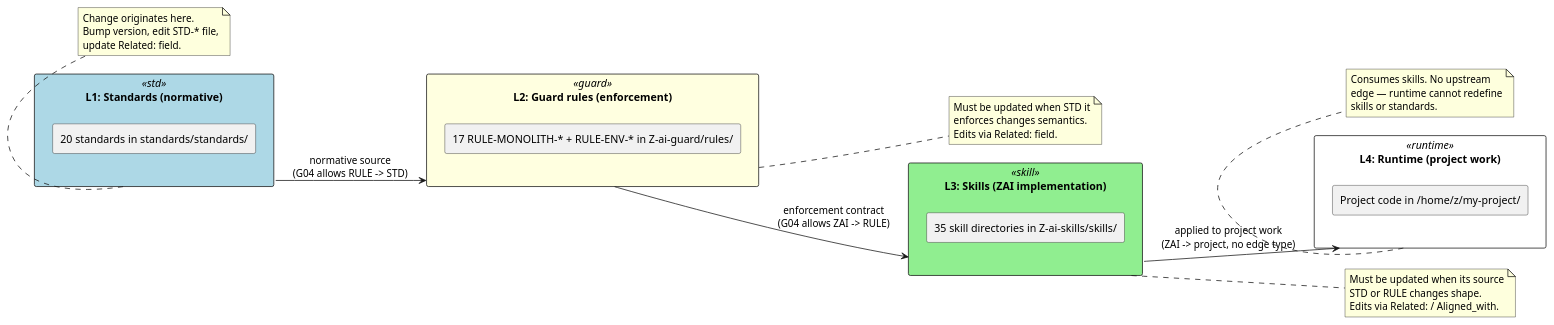
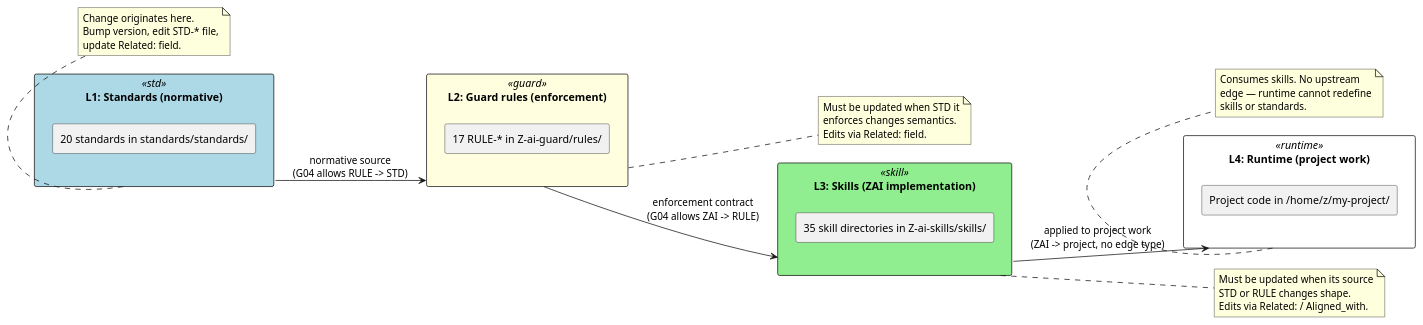
One commit to stsgs1980/Z-ai-standards changed the diagram in standards/ARCH-001-architecture-and-repo-layout.md. Above: the diagram before and after it, drawn with PlantUML. The commit also changed other lines of this file and 9 other files, not shown here.

````diff
--- a/standards/ARCH-001-architecture-and-repo-layout.md
+++ b/standards/ARCH-001-architecture-and-repo-layout.md
@@ -256,53 +256,53 @@
 ```plantuml
 @startuml
 skinparam rectangle {
   BackgroundColor<<std>>    LightBlue
   BackgroundColor<<guard>>   LightYellow
   BackgroundColor<<skill>>   LightGreen
   BackgroundColor<<runtime>> White
 }
 left to right direction
 
 rectangle "L1: Standards (normative)" <<std>> as STD {
   rectangle "20 standards in standards/standards/" as STD_FILES
 }
 rectangle "L2: Guard rules (enforcement)" <<guard>> as GUARD {
-  rectangle "17 RULE-MONOLITH-* + RULE-ENV-* in Z-ai-guard/rules/" as GUARD_FILES
+  rectangle "17 RULE-* in Z-ai-guard/rules/" as GUARD_FILES
 }
 rectangle "L3: Skills (ZAI implementation)" <<skill>> as SKILL {
   rectangle "35 skill directories in Z-ai-skills/skills/" as SKILL_FILES
 }
 rectangle "L4: Runtime (project work)" <<runtime>> as RUNTIME {
   rectangle "Project code in /home/z/my-project/" as PROJ
 }
 
 STD --> GUARD : normative source\n(G04 allows RULE -> STD)
 GUARD --> SKILL : enforcement contract\n(G04 allows ZAI -> RULE)
 SKILL --> RUNTIME : applied to project work\n(ZAI -> project, no edge type)
 
 note bottom of STD
   Change originates here.
   Bump version, edit STD-* file,
   update Related: field.
 end note
 
 note right of GUARD
   Must be updated when STD it
   enforces changes semantics.
   Edits via Related: field.
 end note
 
 note right of SKILL
   Must be updated when its source
   STD or RULE changes shape.
   Edits via Related: / Aligned_with.
 end note
 
 note bottom of RUNTIME
   Consumes skills. No upstream
   edge — runtime cannot redefine
   skills or standards.
 end note
 
 @enduml
 ```
````
